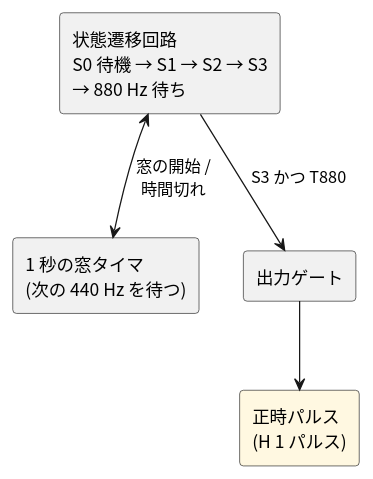
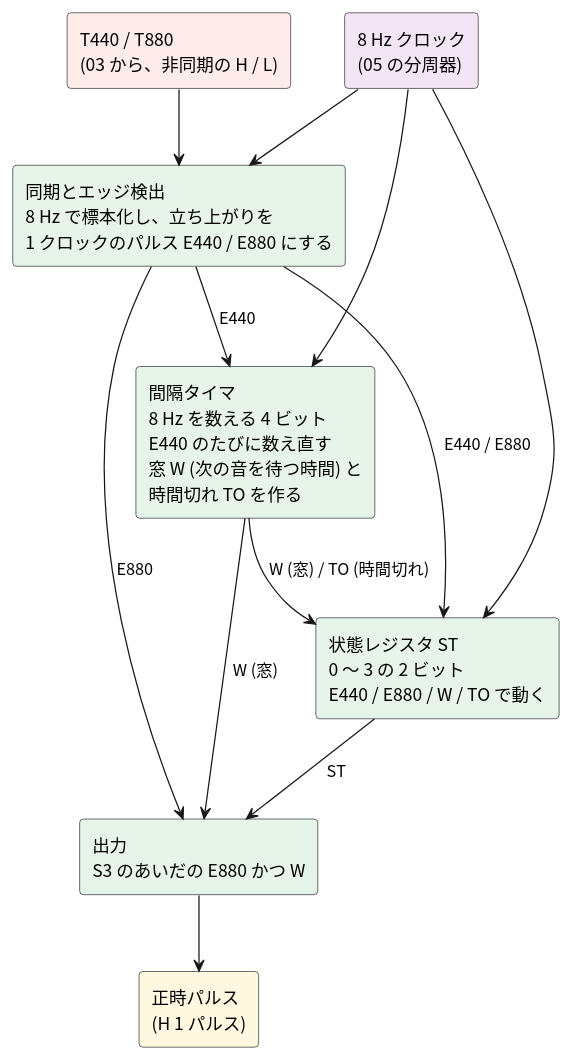
Before and after one commit to tommie-jp/tommie-circuit-workbook: the first of 2 diagrams in 05-etc/02-radio-clock/04-state-machine.md, drawn with PlantUML. The commit also changed other lines of this file and 1 other file, not shown here.

First line of the commit message:
docs: 02-radio-clock の 04 を 4 ユニットの回路図に分け、01 に未検証の注意を加える

````diff
--- a/05-etc/02-radio-clock/04-state-machine.md
+++ b/05-etc/02-radio-clock/04-state-machine.md
@@ -18,19 +18,30 @@
 ```plantuml
 @startuml
 top to bottom direction
 skinparam shadowing false
 skinparam defaultFontName "Noto Sans CJK JP"
 skinparam rectangle {
   RoundCorner 6
 }
 
-rectangle "1 秒の窓タイマ\n(次の 440 Hz を待つ)" as TMR
-rectangle "状態遷移回路\nS0 待機 → S1 → S2 → S3\n→ 880 Hz 待ち" as FSM
-rectangle "出力ゲート" as OUT
+rectangle "T440 / T880\n(03 から、非同期の H / L)" as IN #FDECEA
+rectangle "同期とエッジ検出\n8 Hz で標本化し、立ち上がりを\n1 クロックのパルス E440 / E880 にする" as SYNC #E6F4EA
+rectangle "間隔タイマ\n8 Hz を数える 4 ビット\nE440 のたびに数え直す\n窓 W (次の音を待つ時間) と\n時間切れ TO を作る" as TMR #E6F4EA
+rectangle "状態レジスタ ST\n0 〜 3 の 2 ビット\nE440 / E880 / W / TO で動く" as FSM #E6F4EA
+rectangle "出力\nS3 のあいだの E880 かつ W" as OUT #E6F4EA
 rectangle "正時パルス\n(H 1 パルス)" as PULSE #FFF8E1
+rectangle "8 Hz クロック\n(05 の分周器)" as CLK #F3E5F5
 
-FSM <--> TMR : 窓の開始 /\n時間切れ
-FSM --> OUT : S3 かつ T880
+IN --> SYNC
+CLK --> SYNC
+CLK --> TMR
+CLK --> FSM
+SYNC --> TMR : E440
+SYNC --> FSM : E440 / E880
+TMR --> FSM : W (窓) / TO (時間切れ)
+FSM --> OUT : ST
+SYNC --> OUT : E880
+TMR --> OUT : W (窓)
 OUT --> PULSE
 @enduml
 ```
````
